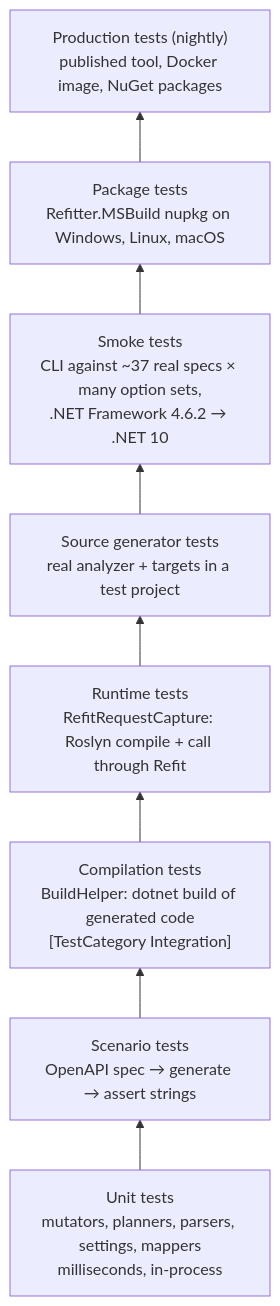
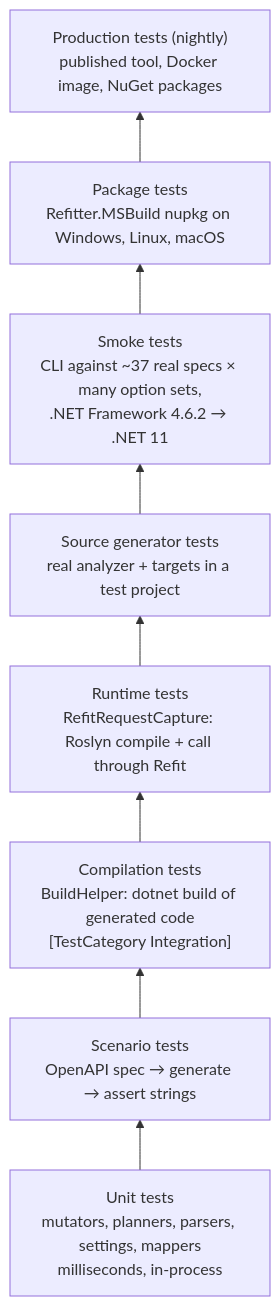
One commit to christianhelle/refitter changed the first of 7 diagrams in docs/docfx_project/articles/technical/testing.md. Above: the diagram before and after it, drawn with Mermaid. The commit also changed other lines of this file and 4 other files, not shown here.

````diff
--- a/docs/docfx_project/articles/technical/testing.md
+++ b/docs/docfx_project/articles/technical/testing.md
@@ -7,13 +7,13 @@
 ```mermaid
 flowchart BT
     U["Unit tests<br/>mutators, planners, parsers, settings, mappers<br/>milliseconds, in-process"]
     S["Scenario tests<br/>OpenAPI spec → generate → assert strings"]
     B["Compilation tests<br/>BuildHelper: dotnet build of generated code<br/>[TestCategory Integration]"]
     R["Runtime tests<br/>RefitRequestCapture: Roslyn compile + call through Refit"]
     SG["Source generator tests<br/>real analyzer + targets in a test project"]
-    SM["Smoke tests<br/>CLI against ~37 real specs × many option sets,<br/>.NET Framework 4.6.2 → .NET 10"]
+    SM["Smoke tests<br/>CLI against ~37 real specs × many option sets,<br/>.NET Framework 4.6.2 → .NET 11"]
     PK["Package tests<br/>Refitter.MSBuild nupkg on Windows, Linux, macOS"]
     PR["Production tests (nightly)<br/>published tool, Docker image, NuGet packages"]
 
     U --> S --> B --> R --> SG --> SM --> PK --> PR
 ```
````
